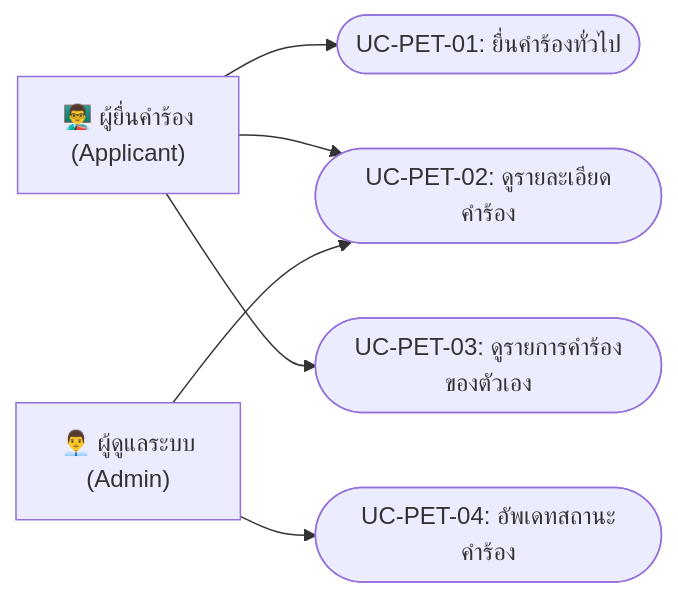
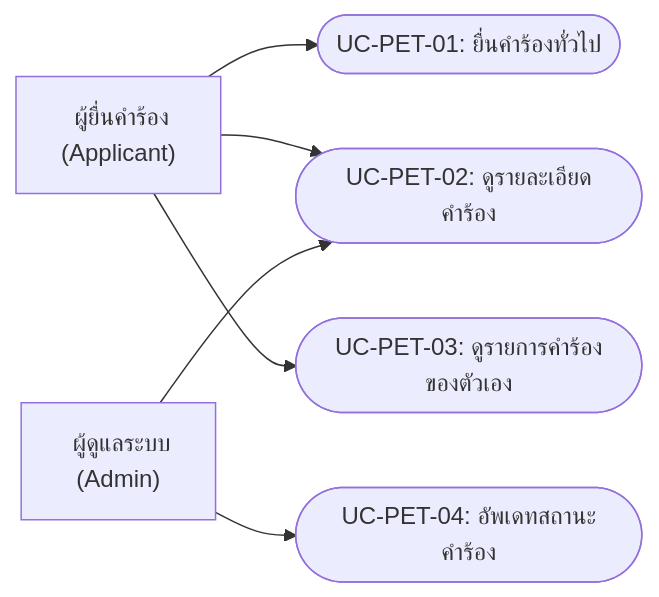
One commit to kriangkraiii/HRCP.KKU changed the first of 4 diagrams in HRCP-KKU-Academic/docs/modules/05-petition.md. Above: the diagram before and after it, drawn with Mermaid. The commit also changed 69 other files, not shown here.

````diff
--- a/HRCP-KKU-Academic/docs/modules/05-petition.md
+++ b/HRCP-KKU-Academic/docs/modules/05-petition.md
@@ -7,16 +7,16 @@
 ```mermaid
 graph LR
-    User["👨‍🏫 ผู้ยื่นคำร้อง<br/>(Applicant)"]
-    Admin["👨‍💼 ผู้ดูแลระบบ<br/>(Admin)"]
+    User["‍ ผู้ยื่นคำร้อง<br/>(Applicant)"]
+    Admin["‍ ผู้ดูแลระบบ<br/>(Admin)"]
 
     UC1(["UC-PET-01: ยื่นคำร้องทั่วไป"])
     UC2(["UC-PET-02: ดูรายละเอียดคำร้อง"])
     UC3(["UC-PET-03: ดูรายการคำร้องของตัวเอง"])
     UC4(["UC-PET-04: อัพเดทสถานะคำร้อง"])
 
     User --> UC1
     User --> UC2
     User --> UC3
     Admin --> UC2
     Admin --> UC4
 ```
````
